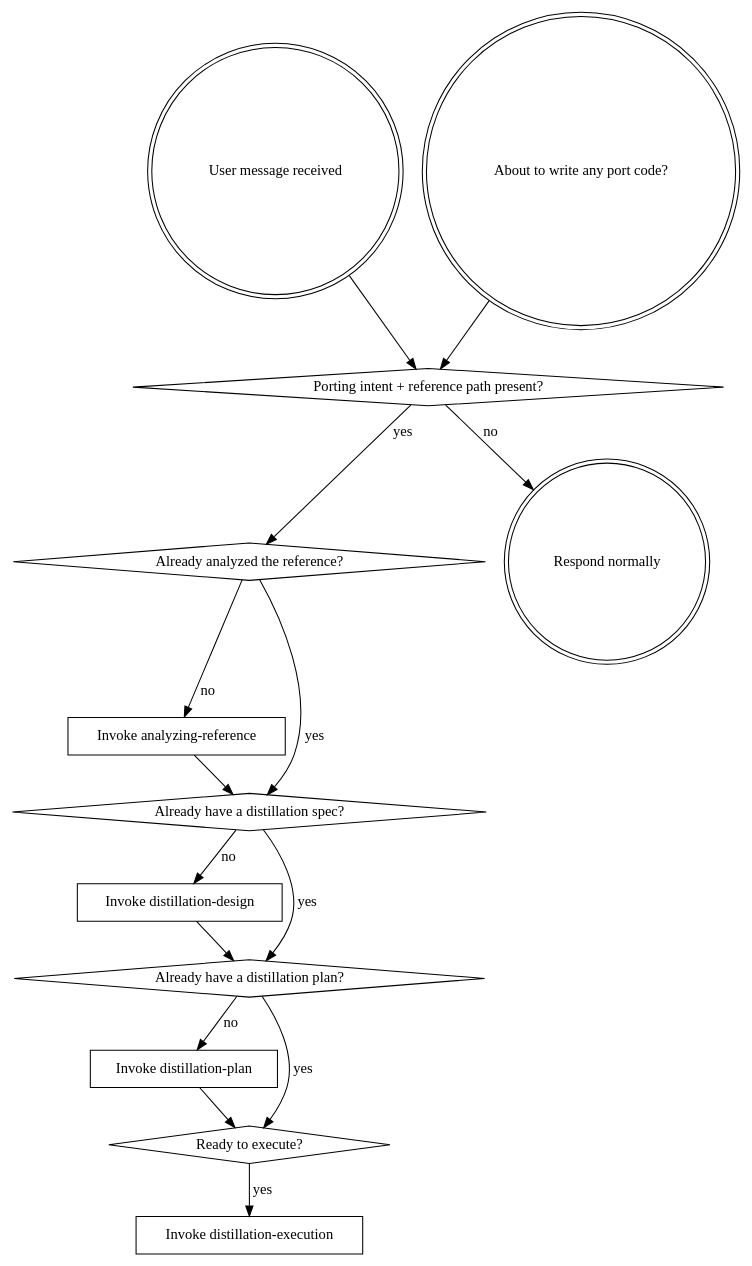
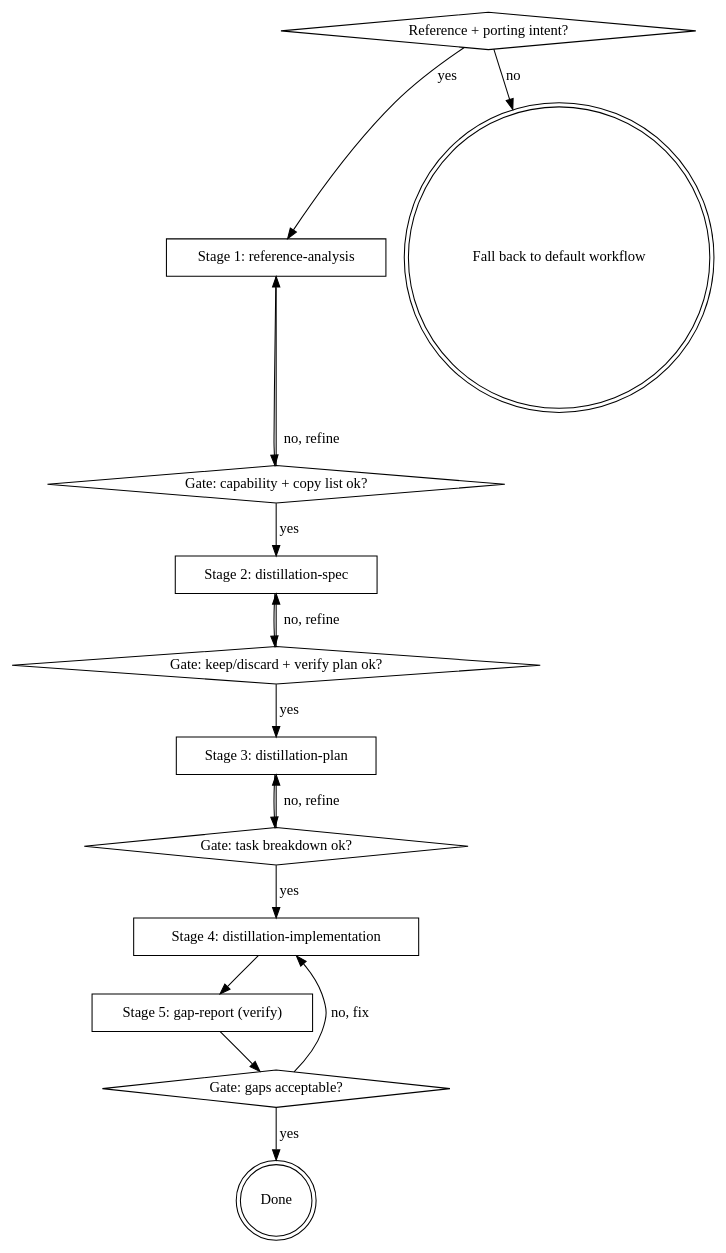
One commit to duongnghia222/code-distilling changed the diagram in skills/using-code-distilling/SKILL.md. Above: the diagram before and after it, drawn with Graphviz. The commit also changed other lines of this file and 27 other files, not shown here.

Commit message:
distill(skills): rewrite to 5-stage flow (analysis → spec → plan → implement → verify)

````diff
--- a/skills/using-code-distilling/SKILL.md
+++ b/skills/using-code-distilling/SKILL.md
@@ -64,31 +34,32 @@
 ```dot
-digraph distilling_flow {
-    "User message received" [shape=doublecircle];
-    "About to write any port code?" [shape=doublecircle];
-    "Porting intent + reference path present?" [shape=diamond];
-    "Already analyzed the reference?" [shape=diamond];
-    "Invoke analyzing-reference" [shape=box];
-    "Already have a distillation spec?" [shape=diamond];
-    "Invoke distillation-design" [shape=box];
-    "Already have a distillation plan?" [shape=diamond];
-    "Invoke distillation-plan" [shape=box];
-    "Ready to execute?" [shape=diamond];
-    "Invoke distillation-execution" [shape=box];
-    "Respond normally" [shape=doublecircle];
+digraph distilling {
+    "Reference + porting intent?" [shape=diamond];
+    "Stage 1: reference-analysis" [shape=box];
+    "Gate: capability + copy list ok?" [shape=diamond];
+    "Stage 2: distillation-spec" [shape=box];
+    "Gate: keep/discard + verify plan ok?" [shape=diamond];
+    "Stage 3: distillation-plan" [shape=box];
+    "Gate: task breakdown ok?" [shape=diamond];
+    "Stage 4: distillation-implementation" [shape=box];
+    "Stage 5: gap-report (verify)" [shape=box];
+    "Gate: gaps acceptable?" [shape=diamond];
+    "Done" [shape=doublecircle];
+    "Fall back to default workflow" [shape=doublecircle];
 
-    "About to write any port code?" -> "Porting intent + reference path present?";
-    "User message received" -> "Porting intent + reference path present?";
-    "Porting intent + reference path present?" -> "Already analyzed the reference?" [label="yes"];
-    "Porting intent + reference path present?" -> "Respond normally" [label="no"];
-    "Already analyzed the reference?" -> "Invoke analyzing-reference" [label="no"];
-    "Already analyzed the reference?" -> "Already have a distillation spec?" [label="yes"];
-    "Invoke analyzing-reference" -> "Already have a distillation spec?";
-    "Already have a distillation spec?" -> "Invoke distillation-design" [label="no"];
-    "Already have a distillation spec?" -> "Already have a distillation plan?" [label="yes"];
-    "Invoke distillation-design" -> "Already have a distillation plan?";
-    "Already have a distillation plan?" -> "Invoke distillation-plan" [label="no"];
-    "Already have a distillation plan?" -> "Ready to execute?" [label="yes"];
-    "Invoke distillation-plan" -> "Ready to execute?";
-    "Ready to execute?" -> "Invoke distillation-execution" [label="yes"];
+    "Reference + porting intent?" -> "Stage 1: reference-analysis" [label="yes"];
+    "Reference + porting intent?" -> "Fall back to default workflow" [label="no"];
+    "Stage 1: reference-analysis" -> "Gate: capability + copy list ok?";
+    "Gate: capability + copy list ok?" -> "Stage 1: reference-analysis" [label="no, refine"];
+    "Gate: capability + copy list ok?" -> "Stage 2: distillation-spec" [label="yes"];
+    "Stage 2: distillation-spec" -> "Gate: keep/discard + verify plan ok?";
+    "Gate: keep/discard + verify plan ok?" -> "Stage 2: distillation-spec" [label="no, refine"];
+    "Gate: keep/discard + verify plan ok?" -> "Stage 3: distillation-plan" [label="yes"];
+    "Stage 3: distillation-plan" -> "Gate: task breakdown ok?";
+    "Gate: task breakdown ok?" -> "Stage 3: distillation-plan" [label="no, refine"];
+    "Gate: task breakdown ok?" -> "Stage 4: distillation-implementation" [label="yes"];
+    "Stage 4: distillation-implementation" -> "Stage 5: gap-report (verify)";
+    "Stage 5: gap-report (verify)" -> "Gate: gaps acceptable?";
+    "Gate: gaps acceptable?" -> "Stage 4: distillation-implementation" [label="no, fix"];
+    "Gate: gaps acceptable?" -> "Done" [label="yes"];
 }
 ```
````
